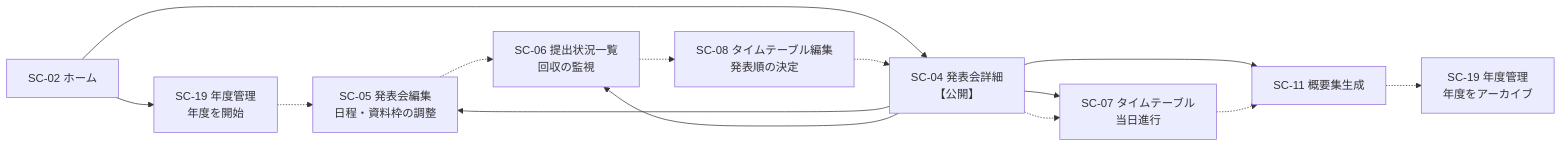
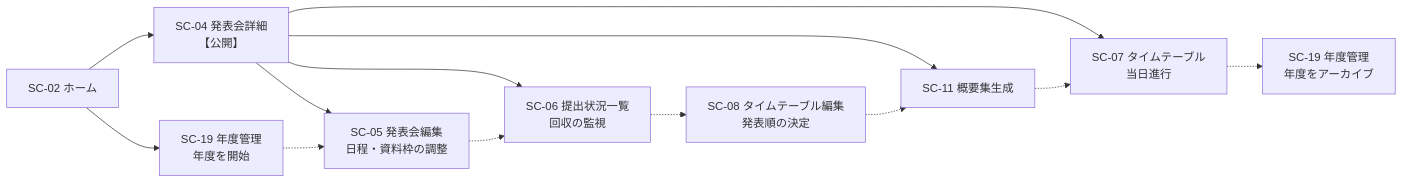
One commit to 250158hj-maker/yse_compass changed the first of 4 diagrams in docs/design/04-screen.md. Above: the diagram before and after it, drawn with Mermaid. The commit also changed other lines of this file and 3 other files, not shown here.

````diff
--- a/docs/design/04-screen.md
+++ b/docs/design/04-screen.md
@@ -407,27 +412,26 @@
 ```mermaid
 flowchart LR
     SC19["SC-19 年度管理<br/>年度を開始"]
     SC05["SC-05 発表会編集<br/>日程・資料枠の調整"]
     SC06["SC-06 提出状況一覧<br/>回収の監視"]
     SC08["SC-08 タイムテーブル編集<br/>発表順の決定"]
     SC04["SC-04 発表会詳細<br/>【公開】"]
     SC07["SC-07 タイムテーブル<br/>当日進行"]
     SC11["SC-11 概要集生成"]
     SC19b["SC-19 年度管理<br/>年度をアーカイブ"]
     SC02["SC-02 ホーム"]
 
     SC02 --> SC19
     SC02 --> SC04
     SC04 --> SC05
     SC04 --> SC06
     SC04 --> SC07
     SC04 --> SC11
 
     SC19 -.-> SC05
     SC05 -.-> SC06
     SC06 -.-> SC08
-    SC08 -.-> SC04
-    SC04 -.-> SC07
-    SC07 -.-> SC11
-    SC11 -.-> SC19b
+    SC08 -.-> SC11
+    SC11 -.-> SC07
+    SC07 -.-> SC19b
 ```
````
